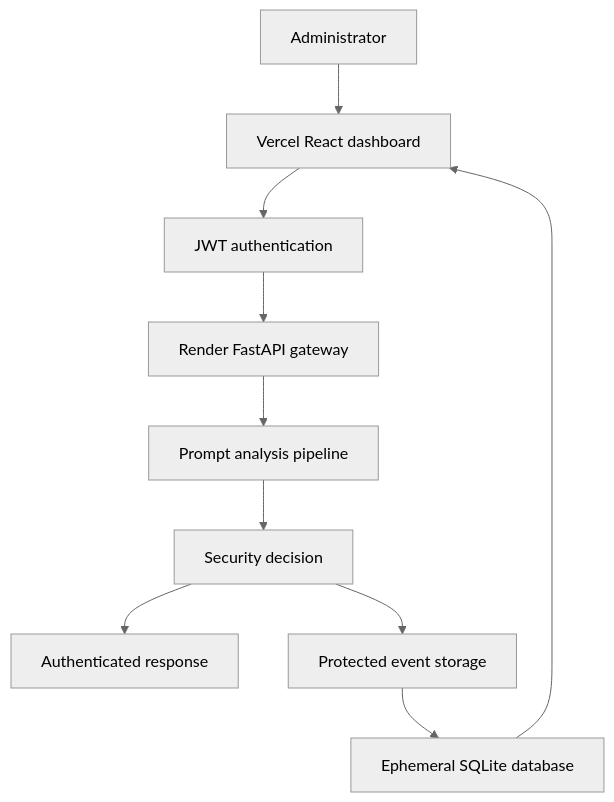
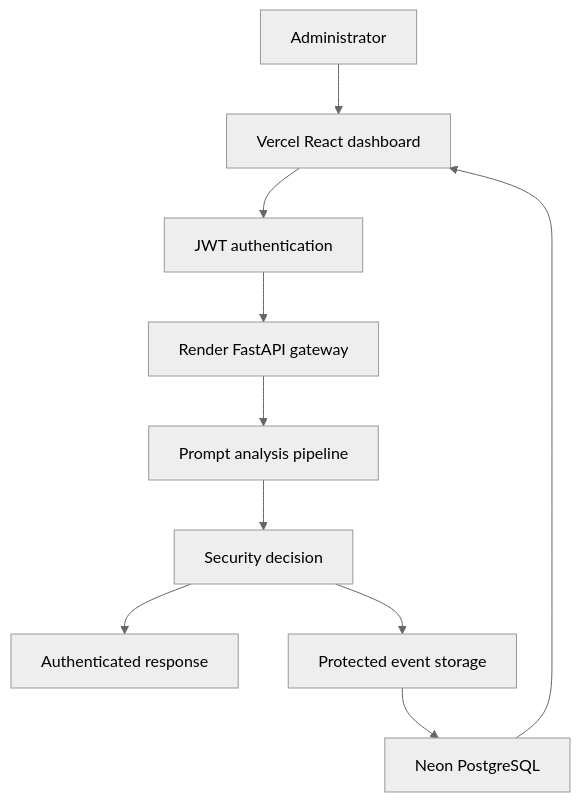
One commit to sreemanbondada-sudo/PromptShield changed the first of 10 diagrams in ARCHITECTURE.md. Above: the diagram before and after it, drawn with Mermaid (neutral theme). The commit also changed other lines of this file and 1 other file, not shown here.

Commit message:
docs: document persistent PostgreSQL architecture

````diff
--- a/ARCHITECTURE.md
+++ b/ARCHITECTURE.md
@@ -42,12 +46,12 @@
 ```mermaid
 flowchart TD
     A[Administrator] --> B[Vercel React dashboard]
     B --> C[JWT authentication]
     C --> D[Render FastAPI gateway]
     D --> E[Prompt analysis pipeline]
     E --> F[Security decision]
     F --> G[Authenticated response]
     F --> H[Protected event storage]
-    H --> I[Ephemeral SQLite database]
+    H --> I[Neon PostgreSQL]
     I --> B
 ```
````
